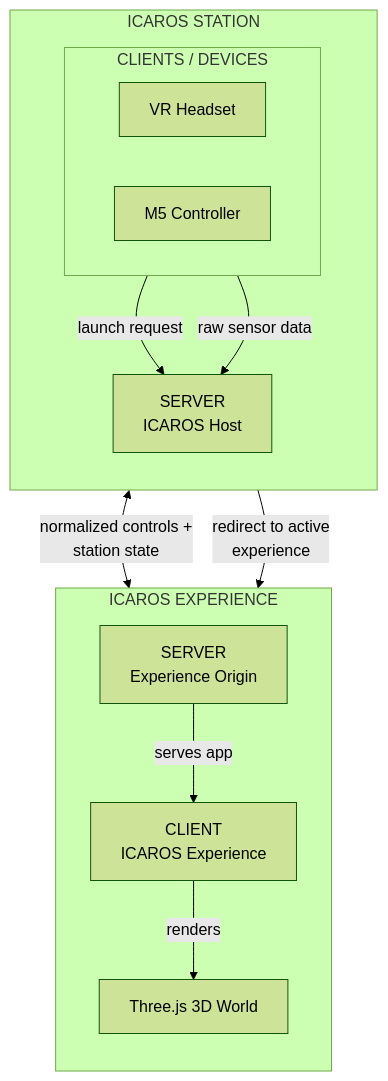
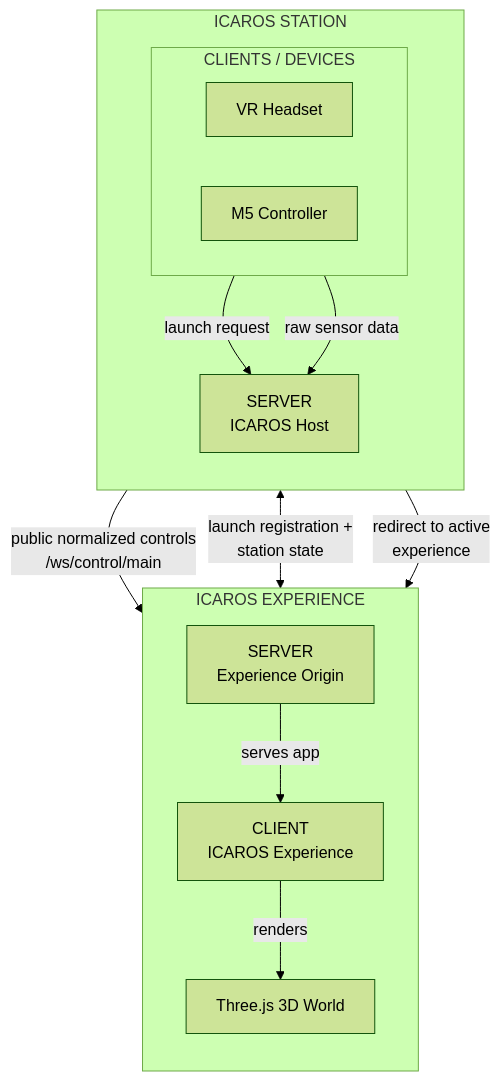
The first of 2 diagrams in docs/architecture.md (dweigend/Icaros_Host), drawn with Mermaid (forest theme) before and after one commit. The commit also changed other lines of this file and 15 other files, not shown here.

Commit message:
refactor: define public control stream contract

````diff
--- a/docs/architecture.md
+++ b/docs/architecture.md
@@ -9,32 +9,33 @@
 ```mermaid
 flowchart TD
   subgraph Station["ICAROS STATION"]
     direction TB
 
     subgraph StationClients["CLIENTS / DEVICES"]
       direction LR
       Headset["VR Headset"]
       M5["M5 Controller"]
     end
 
     Host["SERVER<br/>ICAROS Host"]
 
     Headset -->|"launch request"| Host
     M5 -->|"raw sensor data"| Host
   end
 
-  Host <-->|"normalized controls +<br/>station state"| ExperienceApp
+  Host -->|"public normalized controls<br/>/ws/control/main"| ExperienceApp
+  Host <-->|"launch registration +<br/>station state"| ExperienceApp
 
   subgraph Experience["ICAROS EXPERIENCE"]
     direction TB
 
     ExperienceOrigin["SERVER<br/>Experience Origin"]
     ExperienceApp["CLIENT<br/>ICAROS Experience"]
     World["Three.js 3D World"]
 
     ExperienceOrigin -->|"serves app"| ExperienceApp
     ExperienceApp -->|"renders"| World
   end
 
   Host -->|"redirect to active<br/>experience"| ExperienceOrigin
 ```
````
